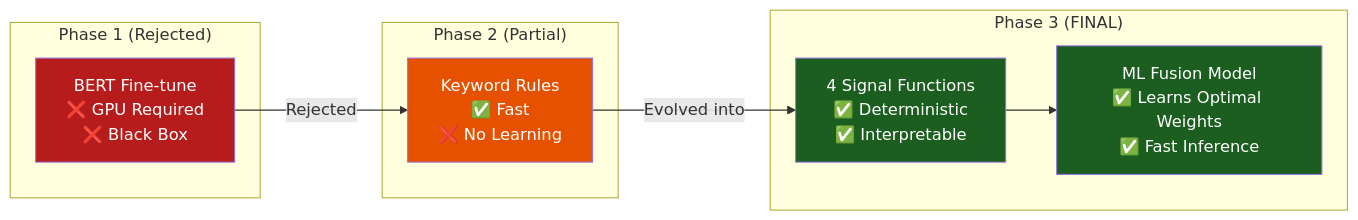
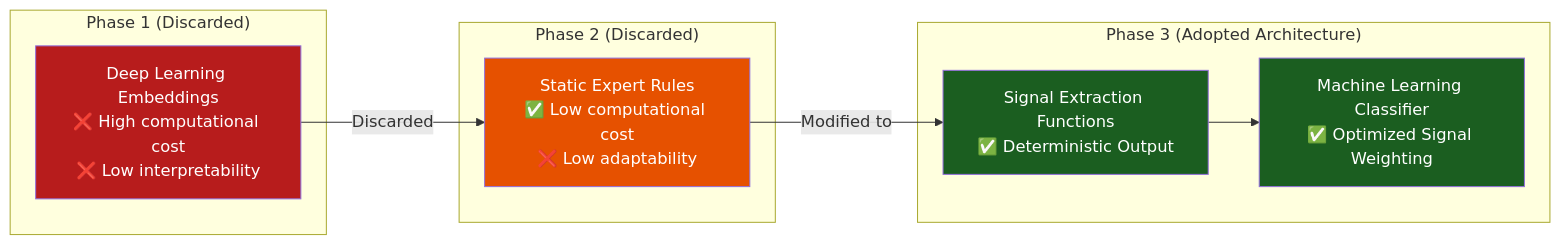
One commit to yogeshravi19/cliniguard changed the sixth of 19 diagrams in CLINIGUARD_Project_Documentation_Report.md. Above: the diagram before and after it, drawn with Mermaid. The commit also changed other lines of this file and 1 other file, not shown here.

````diff
--- a/CLINIGUARD_Project_Documentation_Report.md
+++ b/CLINIGUARD_Project_Documentation_Report.md
@@ -261,19 +249,19 @@
 ```mermaid
 flowchart LR
-    subgraph "Phase 1 (Rejected)"
-        P1["BERT Fine-tune\n❌ GPU Required\n❌ Black Box"]
+    subgraph "Phase 1 (Discarded)"
+        P1["Deep Learning Embeddings\n❌ High computational cost\n❌ Low interpretability"]
     end
-    subgraph "Phase 2 (Partial)"
-        P2["Keyword Rules\n✅ Fast\n❌ No Learning"]
+    subgraph "Phase 2 (Discarded)"
+        P2["Static Expert Rules\n✅ Low computational cost\n❌ Low adaptability"]
     end
-    subgraph "Phase 3 (FINAL)"
-        P3A["4 Signal Functions\n✅ Deterministic\n✅ Interpretable"] --> P3B["ML Fusion Model\n✅ Learns Optimal Weights\n✅ Fast Inference"]
+    subgraph "Phase 3 (Adopted Architecture)"
+        P3A["Signal Extraction Functions\n✅ Deterministic Output"] --> P3B["Machine Learning Classifier\n✅ Optimized Signal Weighting"]
     end
-    P1 -->|"Rejected"| P2
-    P2 -->|"Evolved into"| P3A
+    P1 -->|"Discarded"| P2
+    P2 -->|"Modified to"| P3A
 
     style P1 fill:#b71c1c,color:#fff
     style P2 fill:#e65100,color:#fff
     style P3A fill:#1b5e20,color:#fff
     style P3B fill:#1b5e20,color:#fff
 ```
````
